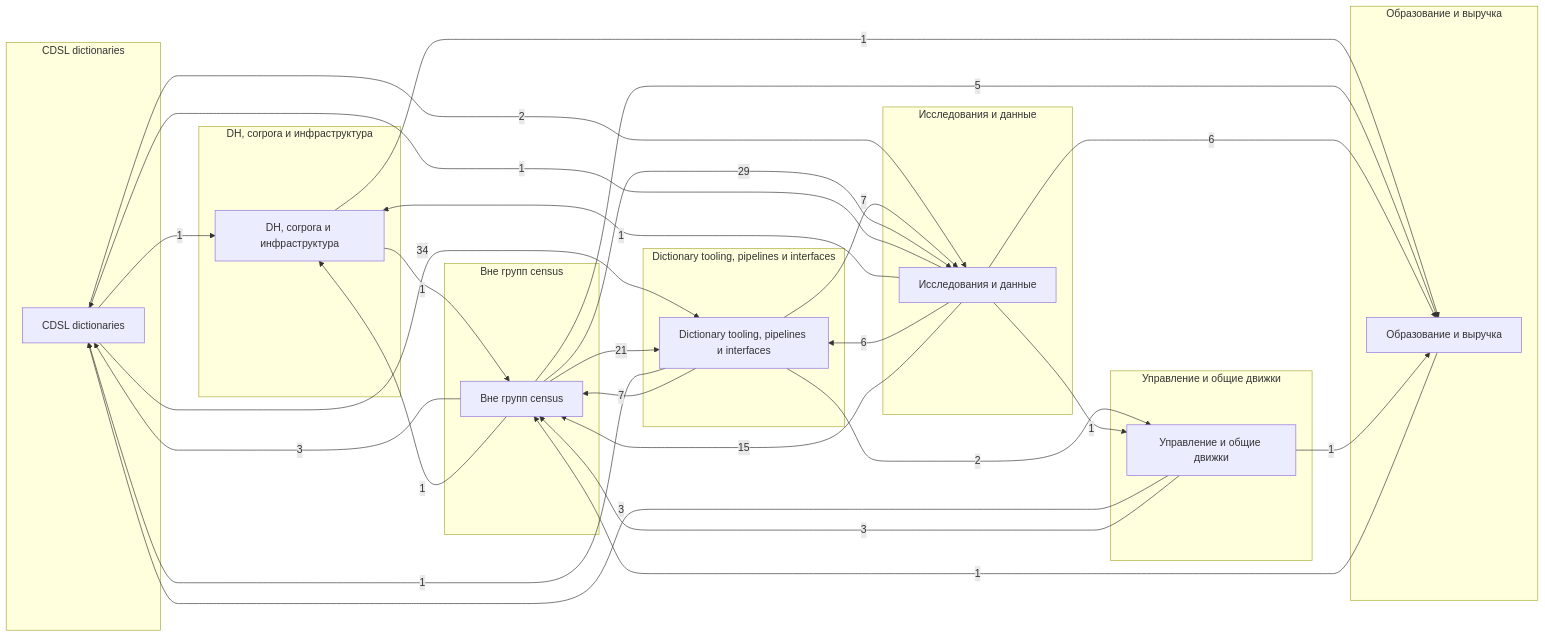
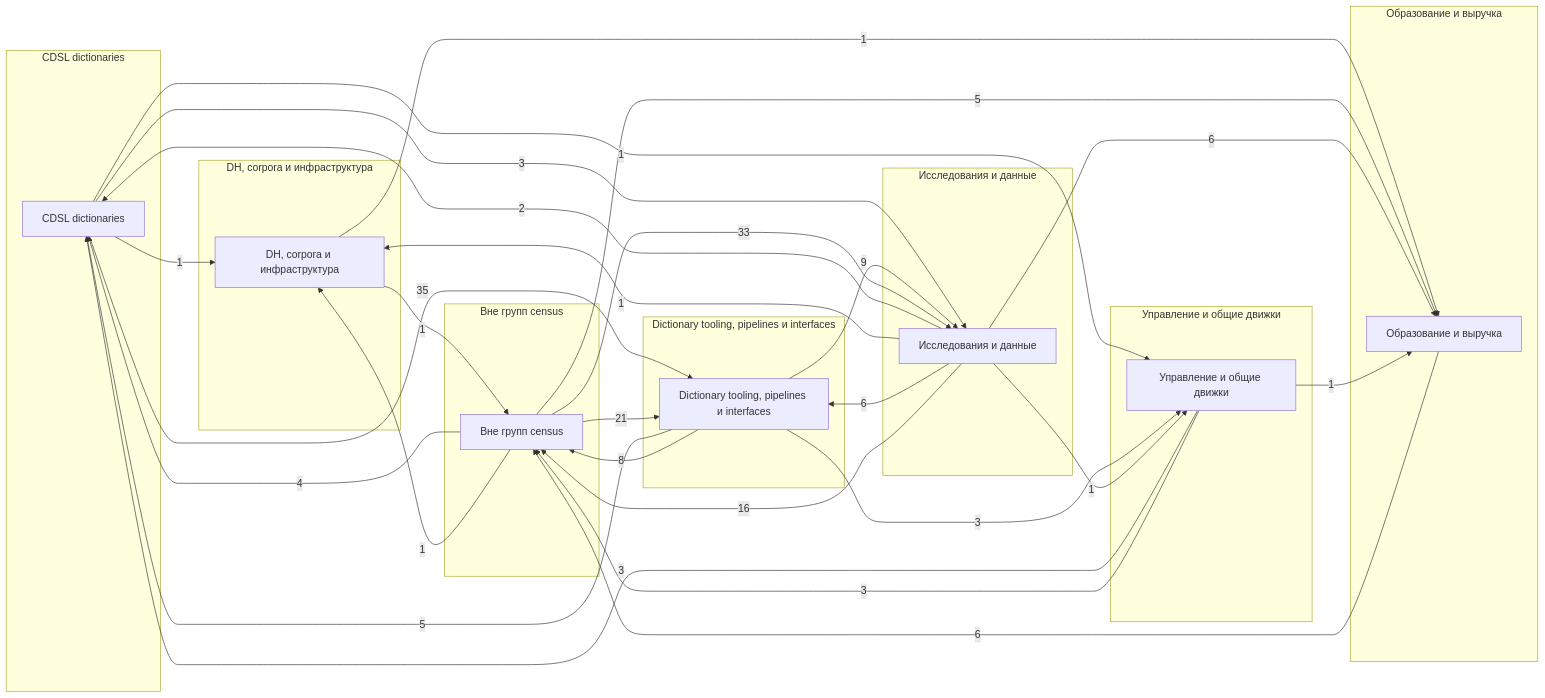
The second of 2 diagrams in sangram/atlas/dependencies.mdx (gasyoun/SanskritGrammar), drawn with Mermaid before and after one commit. The commit also changed 2 other files, not shown here.

Commit message:
atlas: bundle absorbs R5 cohort + Q3 rows from 190-row v3 store; vocab +gasyoun.github.io/message-intent-classifier/PD

````diff
--- a/sangram/atlas/dependencies.mdx
+++ b/sangram/atlas/dependencies.mdx
@@ -63,49 +63,50 @@
 ```mermaid
 flowchart LR
   accTitle: Кластеризованный граф зависимостей репозиториев
   subgraph "CDSL dictionaries"
     c0["CDSL dictionaries"]
   end
   subgraph "DH, corpora и инфраструктура"
     c1["DH, corpora и инфраструктура"]
   end
   subgraph "Dictionary tooling, pipelines и interfaces"
     c2["Dictionary tooling, pipelines и interfaces"]
   end
   subgraph "Вне групп census"
     c3["Вне групп census"]
   end
   subgraph "Исследования и данные"
     c4["Исследования и данные"]
   end
   subgraph "Образование и выручка"
     c5["Образование и выручка"]
   end
   subgraph "Управление и общие движки"
     c6["Управление и общие движки"]
   end
   c0 -- "1" --> c1
-  c0 -- "34" --> c2
-  c0 -- "2" --> c4
+  c0 -- "35" --> c2
+  c0 -- "3" --> c4
+  c0 -- "1" --> c6
   c1 -- "1" --> c3
   c1 -- "1" --> c5
-  c2 -- "1" --> c0
-  c2 -- "7" --> c3
-  c2 -- "7" --> c4
-  c2 -- "2" --> c6
-  c3 -- "3" --> c0
+  c2 -- "5" --> c0
+  c2 -- "8" --> c3
+  c2 -- "9" --> c4
+  c2 -- "3" --> c6
+  c3 -- "4" --> c0
   c3 -- "1" --> c1
   c3 -- "21" --> c2
-  c3 -- "29" --> c4
+  c3 -- "33" --> c4
   c3 -- "5" --> c5
-  c4 -- "1" --> c0
+  c4 -- "2" --> c0
   c4 -- "1" --> c1
   c4 -- "6" --> c2
-  c4 -- "15" --> c3
+  c4 -- "16" --> c3
   c4 -- "6" --> c5
   c4 -- "1" --> c6
-  c5 -- "1" --> c3
+  c5 -- "6" --> c3
   c6 -- "3" --> c0
   c6 -- "3" --> c3
   c6 -- "1" --> c5
 ```
````
